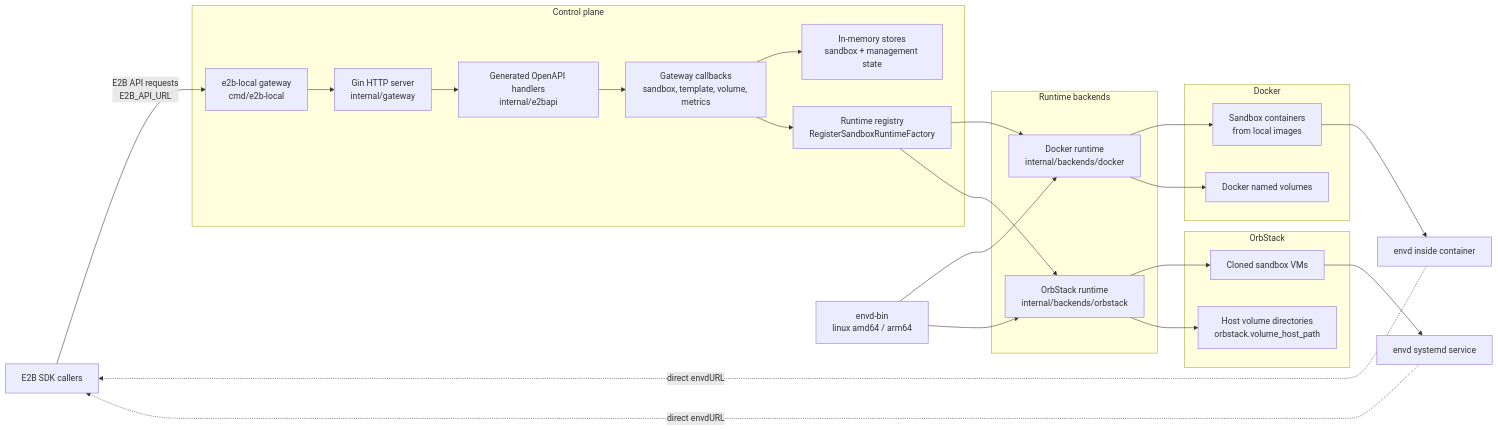
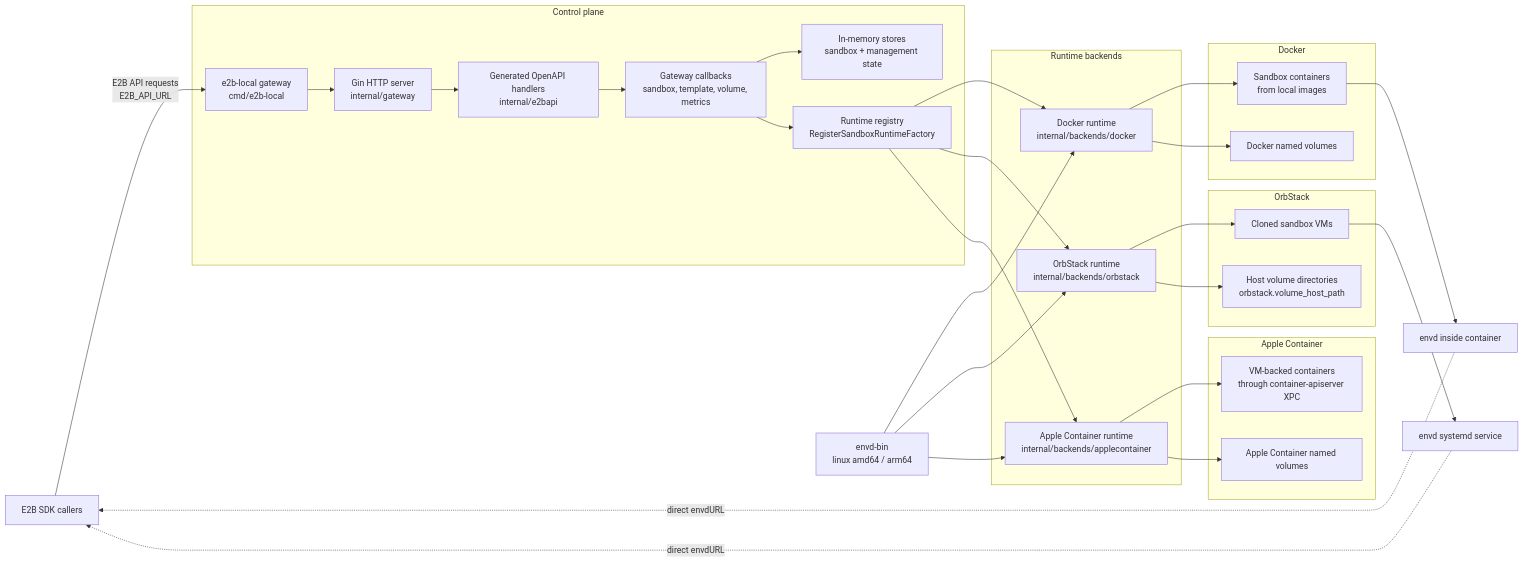
Before and after one commit to superduck-ai/e2b-local: the diagram in README.md, drawn with Mermaid. The commit also changed other lines of this file and 20 other files, not shown here.

First line of the commit message:
feat(applecontainer): implement native XPC backend

````diff
--- a/README.md
+++ b/README.md
@@ -40,34 +41,41 @@
 ```mermaid
 flowchart LR
   SDK["E2B SDK callers"] -->|"E2B API requests<br/>E2B_API_URL"| Gateway["e2b-local gateway<br/>cmd/e2b-local"]
 
   subgraph ControlPlane["Control plane"]
     Gateway --> HTTP["Gin HTTP server<br/>internal/gateway"]
     HTTP --> OpenAPI["Generated OpenAPI handlers<br/>internal/e2bapi"]
     OpenAPI --> Callbacks["Gateway callbacks<br/>sandbox, template, volume, metrics"]
     Callbacks --> Store["In-memory stores<br/>sandbox + management state"]
     Callbacks --> Registry["Runtime registry<br/>RegisterSandboxRuntimeFactory"]
   end
 
   subgraph RuntimeBackends["Runtime backends"]
     Registry --> Docker["Docker runtime<br/>internal/backends/docker"]
     Registry --> OrbStack["OrbStack runtime<br/>internal/backends/orbstack"]
+    Registry --> AppleContainer["Apple Container runtime<br/>internal/backends/applecontainer"]
   end
 
   subgraph DockerRuntime["Docker"]
     Docker --> Containers["Sandbox containers<br/>from local images"]
     Docker --> DockerVolumes["Docker named volumes"]
   end
 
   subgraph OrbRuntime["OrbStack"]
     OrbStack --> VMs["Cloned sandbox VMs"]
     OrbStack --> HostVolumes["Host volume directories<br/>orbstack.volume_host_path"]
   end
 
+  subgraph AppleRuntime["Apple Container"]
+    AppleContainer --> AppleContainers["VM-backed containers<br/>through container-apiserver XPC"]
+    AppleContainer --> AppleVolumes["Apple Container named volumes"]
+  end
+
   EnvdBin["envd-bin<br/>linux amd64 / arm64"] --> Docker
   EnvdBin --> OrbStack
+  EnvdBin --> AppleContainer
   Containers --> ContainerEnvd["envd inside container"]
   VMs --> VMEnvd["envd systemd service"]
   ContainerEnvd -. "direct envdURL" .-> SDK
   VMEnvd -. "direct envdURL" .-> SDK
 ```
````
